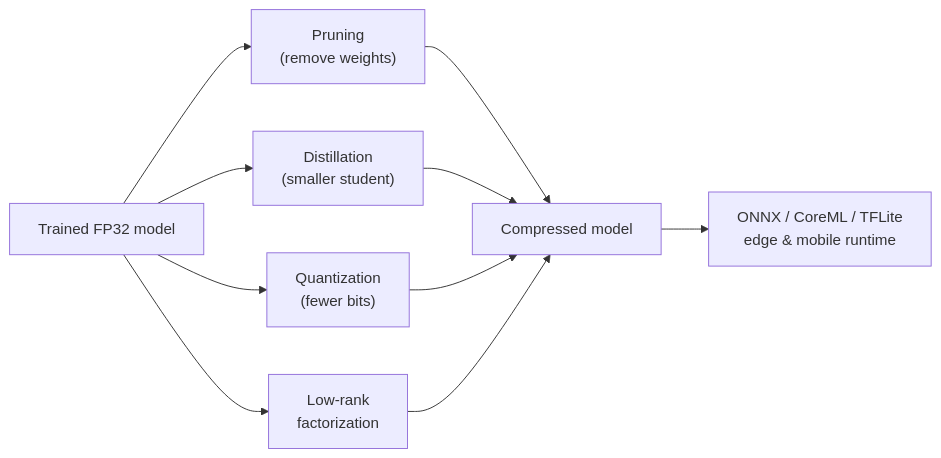
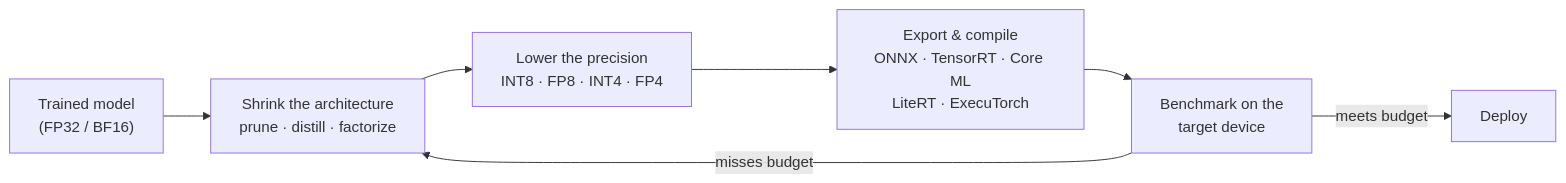
Before and after one commit to AndrewAltimit/Documentation: the first of 6 diagrams in github-pages/docs/ai-ml/model-compression.md, drawn with Mermaid. The commit also changed other lines of this file and 240 other files, not shown here.

````diff
--- a/github-pages/docs/ai-ml/model-compression.md
+++ b/github-pages/docs/ai-ml/model-compression.md
@@ -31,12 +30,9 @@
 ```mermaid
 flowchart LR
-    Trained["Trained FP32 model"] --> P["Pruning<br/>(remove weights)"]
-    Trained --> KD["Distillation<br/>(smaller student)"]
-    Trained --> Q["Quantization<br/>(fewer bits)"]
-    Trained --> LR["Low-rank<br/>factorization"]
-    P --> Deploy["Compressed model"]
-    KD --> Deploy
-    Q --> Deploy
-    LR --> Deploy
-    Deploy --> Edge["ONNX / CoreML / TFLite<br/>edge & mobile runtime"]
+    Trained["Trained model<br/>(FP32 / BF16)"] --> Arch["Shrink the architecture<br/>prune · distill · factorize"]
+    Arch --> Prec["Lower the precision<br/>INT8 · FP8 · INT4 · FP4"]
+    Prec --> Export["Export & compile<br/>ONNX · TensorRT · Core ML<br/>LiteRT · ExecuTorch"]
+    Export --> Bench["Benchmark on the<br/>target device"]
+    Bench -->|misses budget| Arch
+    Bench -->|meets budget| Ship["Deploy"]
 ```
````
